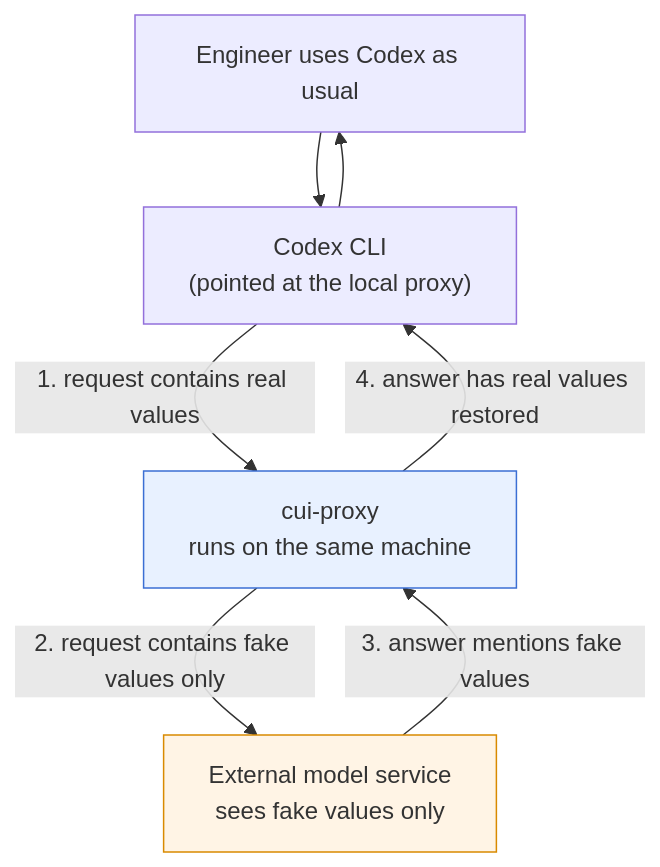
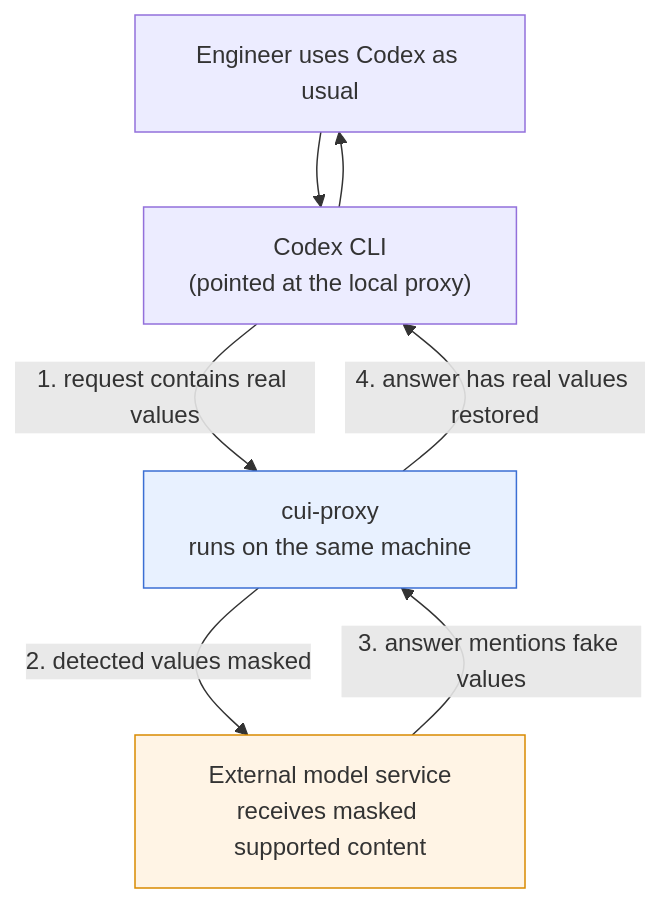
Before and after one commit to rozdolsky33/cui-proxy: the first of 6 diagrams in EXECUTIVE-OVERVIEW.md, drawn with Mermaid. The commit also changed other lines of this file and 12 other files, not shown here.

````diff
--- a/EXECUTIVE-OVERVIEW.md
+++ b/EXECUTIVE-OVERVIEW.md
@@ -46,17 +49,17 @@
 ```mermaid
 flowchart TB
     eng["Engineer uses Codex as usual"]
     codex["Codex CLI<br/>(pointed at the local proxy)"]
     proxy["cui-proxy<br/>runs on the same machine"]
-    model["External model service<br/>sees fake values only"]
+    model["External model service<br/>receives masked supported content"]
 
     eng --> codex
     codex -- "1. request contains real values" --> proxy
-    proxy -- "2. request contains fake values only" --> model
+    proxy -- "2. detected values masked" --> model
     model -- "3. answer mentions fake values" --> proxy
     proxy -- "4. answer has real values restored" --> codex
     codex --> eng
 
     style proxy fill:#e8f1ff,stroke:#3b6fd4
     style model fill:#fff4e5,stroke:#d98a00
 ```
````
